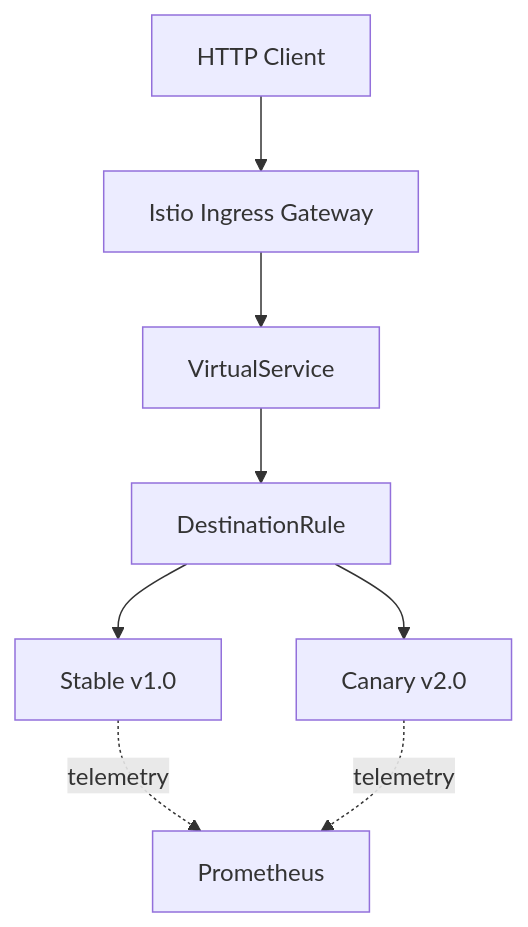
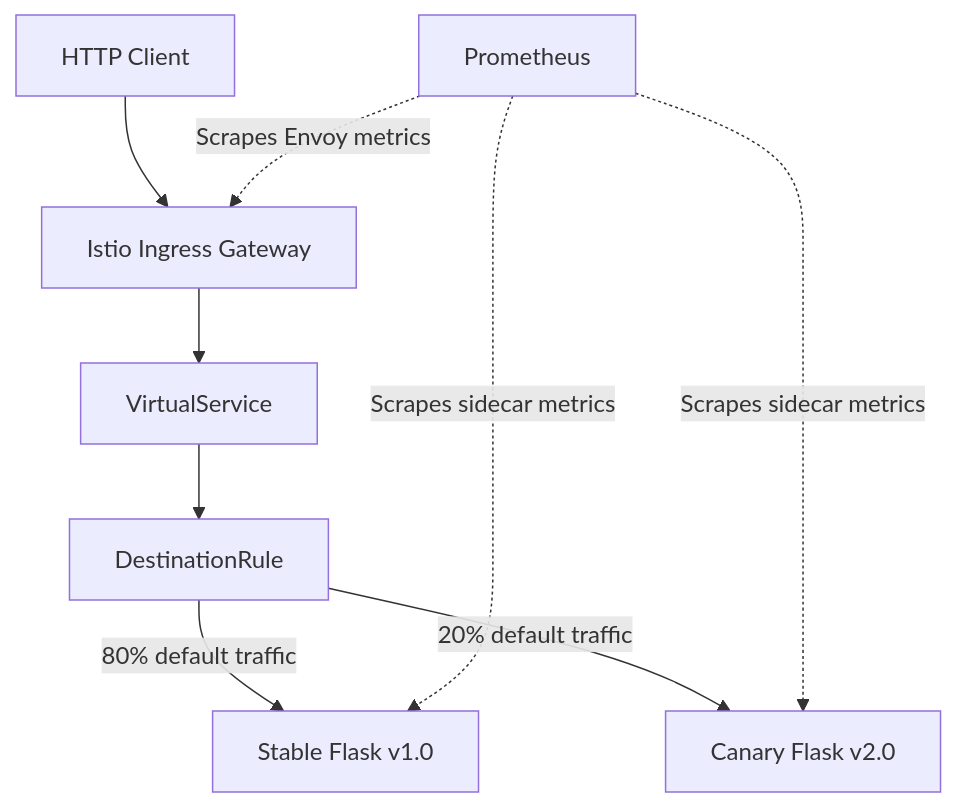
Before and after one commit to PranayIngole7/k8s-istio-canary-deplymnt: the diagram in README.md, drawn with Mermaid. The commit also changed other lines of this file, not shown here.

Commit message:
docs: clarify Istio Prometheus telemetry architecture

````diff
--- a/README.md
+++ b/README.md
@@ -14,10 +14,12 @@
 ```mermaid
 flowchart TD
     U[HTTP Client] --> G[Istio Ingress Gateway]
     G --> V[VirtualService]
     V --> D[DestinationRule]
-    D --> S[Stable v1.0]
-    D --> C[Canary v2.0]
-    S -. telemetry .-> P[Prometheus]
-    C -. telemetry .-> P
+    D -->|80% default traffic| S[Stable Flask v1.0]
+    D -->|20% default traffic| C[Canary Flask v2.0]
+
+    P[Prometheus] -.->|Scrapes Envoy metrics| G
+    P -.->|Scrapes sidecar metrics| S
+    P -.->|Scrapes sidecar metrics| C
 ```
````
